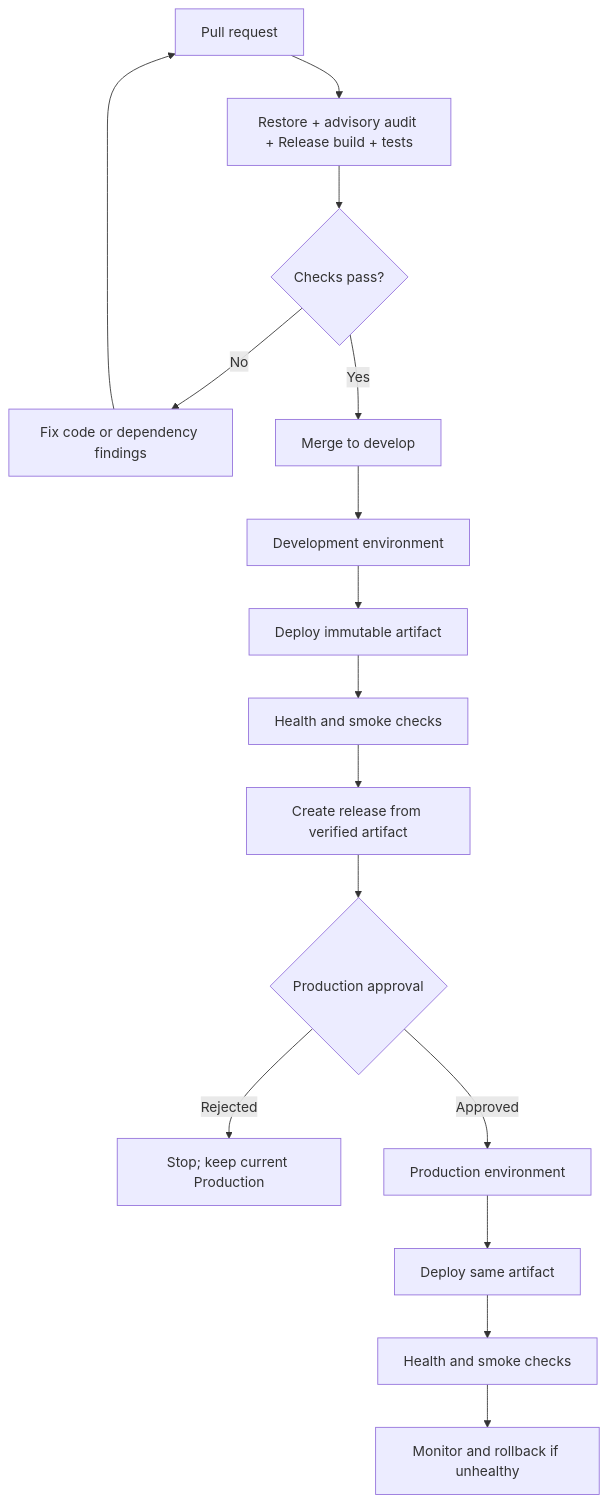
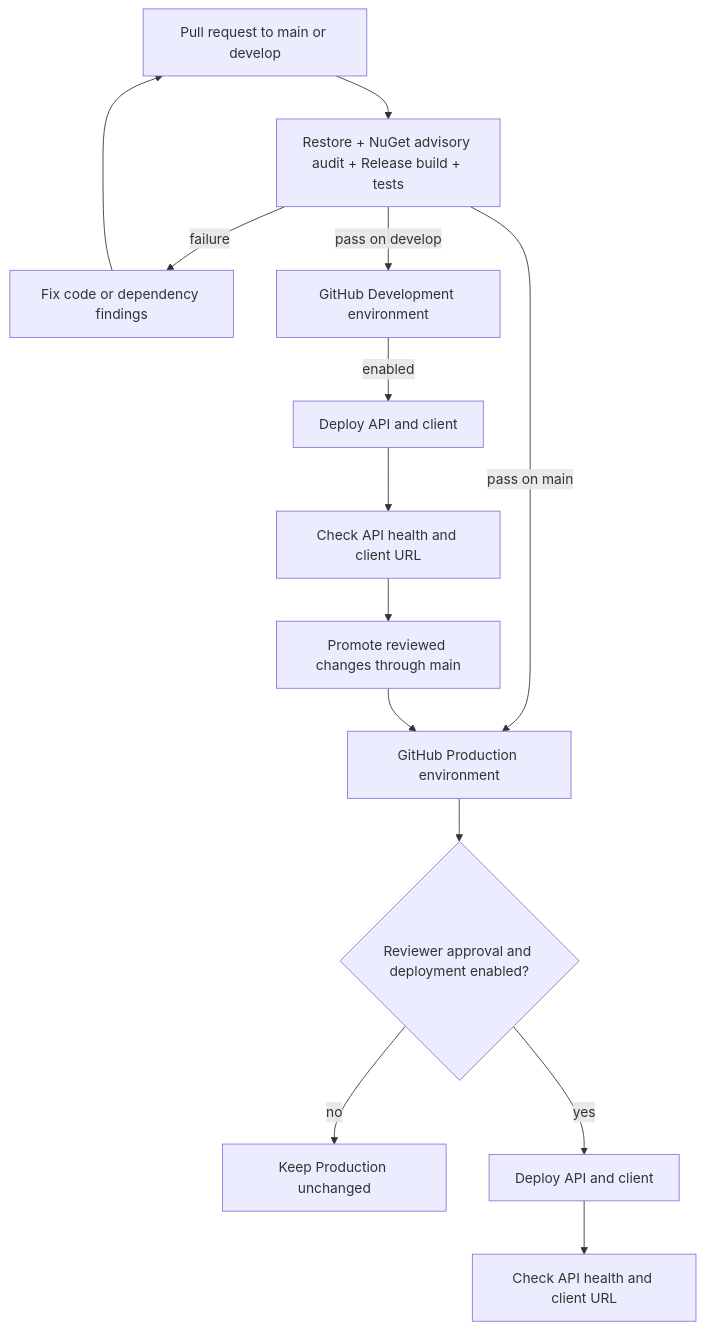
Before and after one commit to look-96/ListLift: the diagram in CI_CD_PLAN.md, drawn with Mermaid. The commit also changed other lines of this file and 6 other files, not shown here.

````diff
--- a/CI_CD_PLAN.md
+++ b/CI_CD_PLAN.md
@@ -11,18 +11,16 @@
 ```mermaid
 flowchart TD
-    PR[Pull request] --> Checks[Restore + advisory audit + Release build + tests]
-    Checks --> Merge{Checks pass?}
-    Merge -->|No| Fix[Fix code or dependency findings]
+    PR[Pull request to main or develop] --> CI[Restore + NuGet advisory audit + Release build + tests]
+    CI -->|failure| Fix[Fix code or dependency findings]
     Fix --> PR
-    Merge -->|Yes| Develop[Merge to develop]
-    Develop --> DevGate[Development environment]
-    DevGate --> DevDeploy[Deploy immutable artifact]
-    DevDeploy --> DevSmoke[Health and smoke checks]
-    DevSmoke --> Promote[Create release from verified artifact]
-    Promote --> Approval{Production approval}
-    Approval -->|Rejected| Hold[Stop; keep current Production]
-    Approval -->|Approved| Prod[Production environment]
-    Prod --> ProdDeploy[Deploy same artifact]
-    ProdDeploy --> ProdSmoke[Health and smoke checks]
-    ProdSmoke --> Monitor[Monitor and rollback if unhealthy]
+    CI -->|pass on develop| DevEnv[GitHub Development environment]
+    DevEnv -->|enabled| DevDeploy[Deploy API and client]
+    DevDeploy --> DevHealth[Check API health and client URL]
+    CI -->|pass on main| ProdEnv[GitHub Production environment]
+    ProdEnv --> Approval{Reviewer approval and deployment enabled?}
+    Approval -->|no| Hold[Keep Production unchanged]
+    Approval -->|yes| ProdDeploy[Deploy API and client]
+    ProdDeploy --> ProdHealth[Check API health and client URL]
+    DevHealth --> Promote[Promote reviewed changes through main]
+    Promote --> ProdEnv
 ```
````
